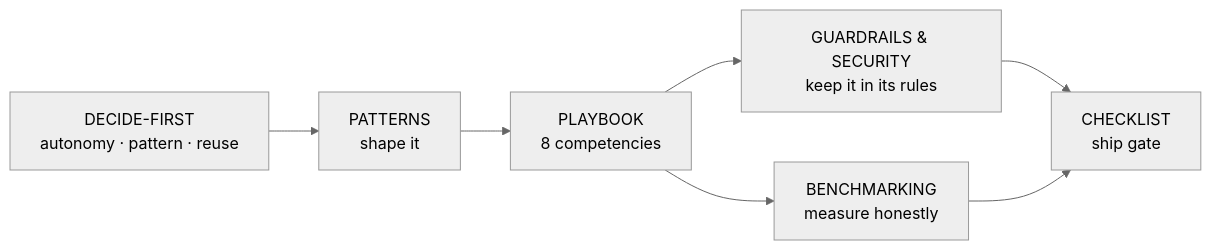
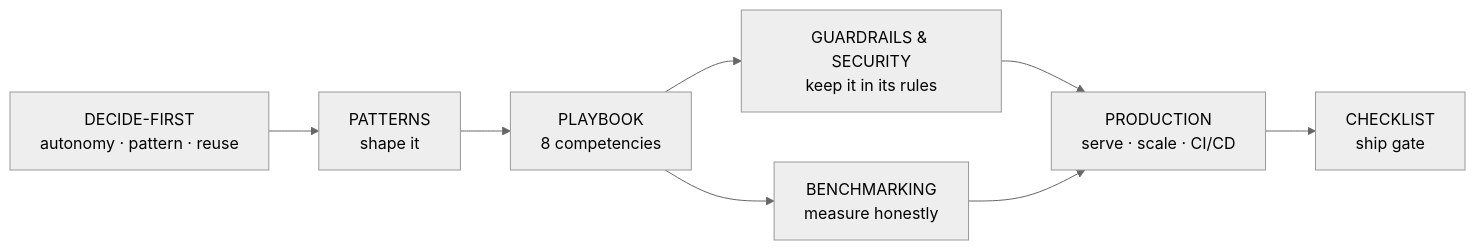
Before and after one commit to anshulixyz/agent-playbook: the diagram in README.md, drawn with Mermaid (neutral theme). The commit also changed other lines of this file and 3 other files, not shown here.

````diff
--- a/README.md
+++ b/README.md
@@ -21,9 +21,10 @@
 ```mermaid
 flowchart LR
   A["DECIDE-FIRST<br/>autonomy · pattern · reuse"] --> B["PATTERNS<br/>shape it"]
   B --> C["PLAYBOOK<br/>8 competencies"]
   C --> D["GUARDRAILS &amp; SECURITY<br/>keep it in its rules"]
   C --> E["BENCHMARKING<br/>measure honestly"]
-  D --> F["CHECKLIST<br/>ship gate"]
-  E --> F
+  D --> G["PRODUCTION<br/>serve · scale · CI/CD"]
+  E --> G
+  G --> F["CHECKLIST<br/>ship gate"]
 ```
````
